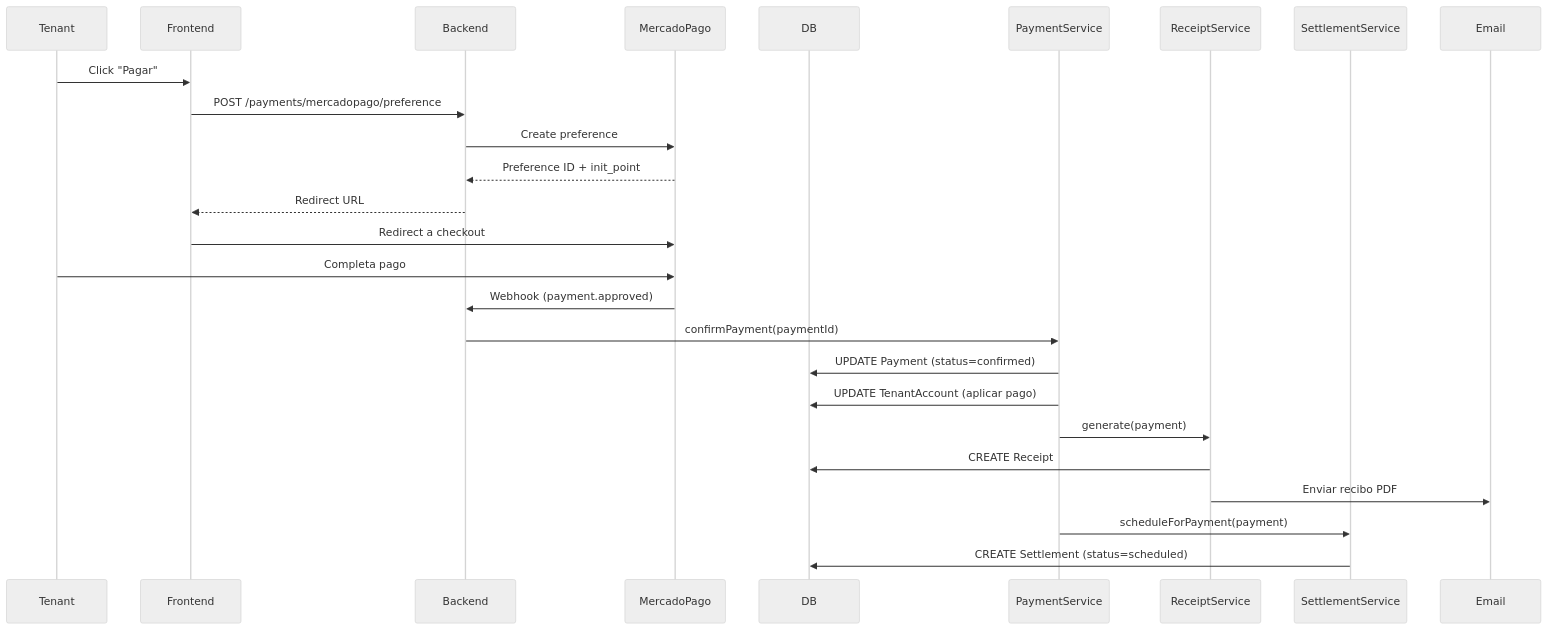
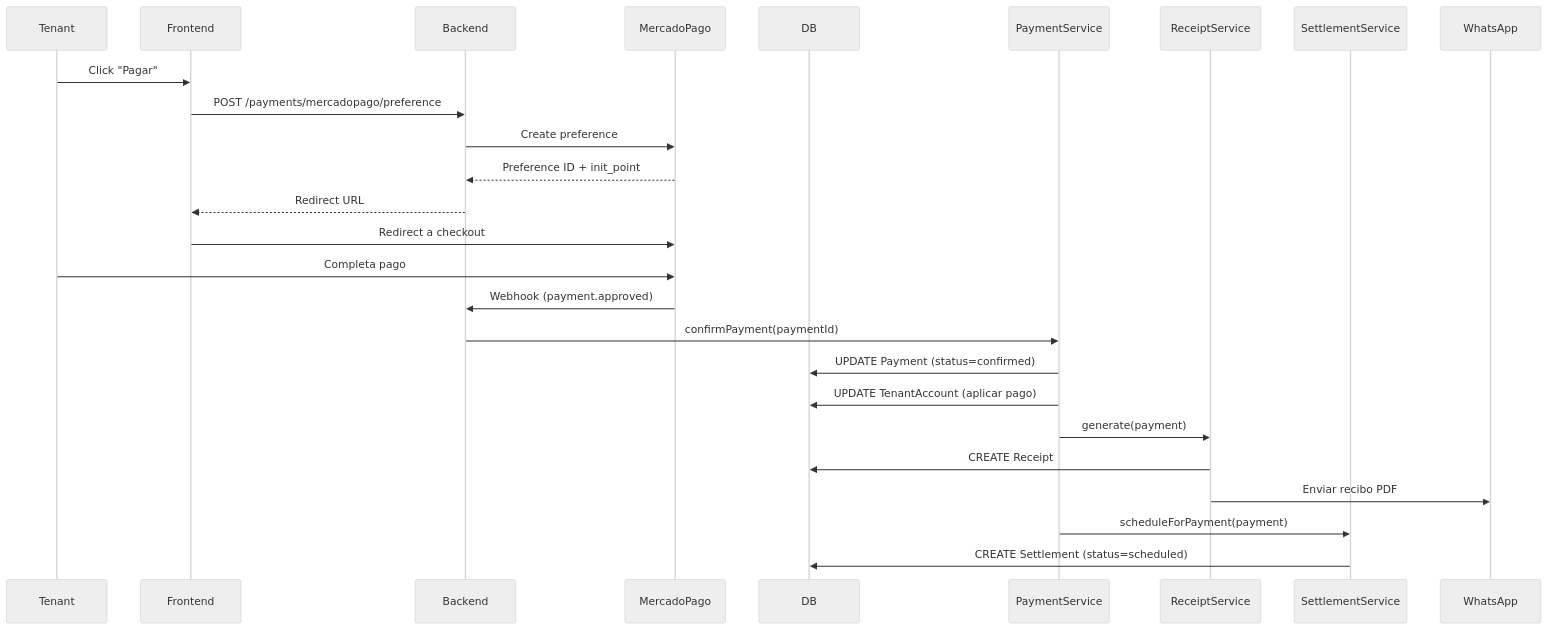
The ninth of 14 diagrams in docs/technical/sequence.md (andrescastiglia/rent), drawn with Mermaid (neutral theme) before and after one commit. The commit also changed other lines of this file and 33 other files, not shown here.

First line of the commit message:
feat: integrate WhatsApp messaging for notifications and reminders

````diff
--- a/docs/technical/sequence.md
+++ b/docs/technical/sequence.md
@@ -276,33 +276,33 @@
 ```mermaid
 sequenceDiagram
     participant Tenant
     participant Frontend
     participant Backend
     participant MP as MercadoPago
     participant DB
     participant PaymentSvc as PaymentService
     participant ReceiptSvc as ReceiptService
     participant SettlementSvc as SettlementService
-    participant Email
+    participant WhatsApp
 
     Tenant->>Frontend: Click "Pagar"
     Frontend->>Backend: POST /payments/mercadopago/preference
     Backend->>MP: Create preference
     MP-->>Backend: Preference ID + init_point
     Backend-->>Frontend: Redirect URL
     Frontend->>MP: Redirect a checkout
     
     Tenant->>MP: Completa pago
     MP->>Backend: Webhook (payment.approved)
     Backend->>PaymentSvc: confirmPayment(paymentId)
     PaymentSvc->>DB: UPDATE Payment (status=confirmed)
     
     PaymentSvc->>DB: UPDATE TenantAccount (aplicar pago)
     
     PaymentSvc->>ReceiptSvc: generate(payment)
     ReceiptSvc->>DB: CREATE Receipt
-    ReceiptSvc->>Email: Enviar recibo PDF
+    ReceiptSvc->>WhatsApp: Enviar recibo PDF
     
     PaymentSvc->>SettlementSvc: scheduleForPayment(payment)
     SettlementSvc->>DB: CREATE Settlement (status=scheduled)
 ```
````
